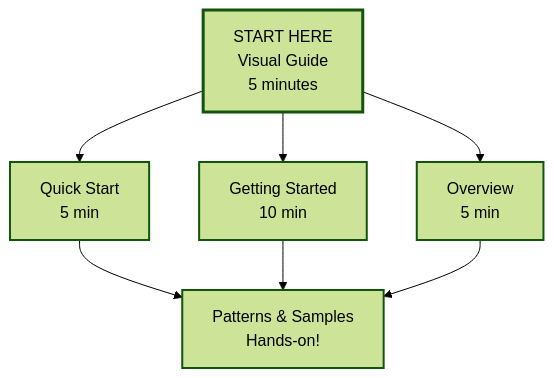
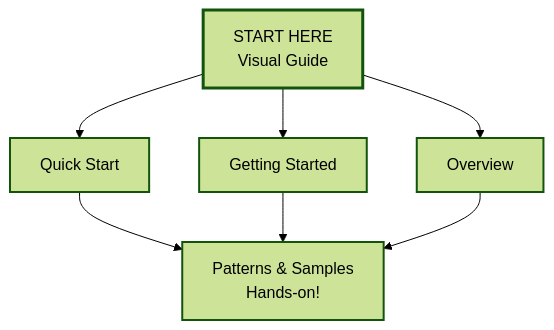
Before and after one commit to Ambiguous-Interactive/DxMessaging: the first of 2 diagrams in docs/getting-started/index.md, drawn with Mermaid (forest theme). The commit also changed other lines of this file and 330 other files, not shown here.

````diff
--- a/docs/getting-started/index.md
+++ b/docs/getting-started/index.md
@@ -7,17 +7,17 @@
 ```mermaid
 flowchart TD
-    Start[START HERE<br/>Visual Guide<br/>5 minutes]
-    Start --> Quick[Quick Start<br/>5 min]
-    Start --> Getting[Getting Started<br/>10 min]
-    Start --> Overview[Overview<br/>5 min]
+    Start[START HERE<br/>Visual Guide]
+    Start --> Quick[Quick Start]
+    Start --> Getting[Getting Started]
+    Start --> Overview[Overview]
     Quick --> Patterns[Patterns & Samples<br/>Hands-on!]
     Getting --> Patterns
     Overview --> Patterns
 
     classDef primary stroke-width:3px
     class Start primary
     classDef success stroke-width:2px
     class Patterns success
     classDef secondary stroke-width:2px
     class Quick,Getting,Overview secondary
 ```
````
